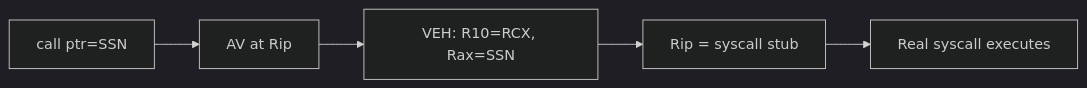
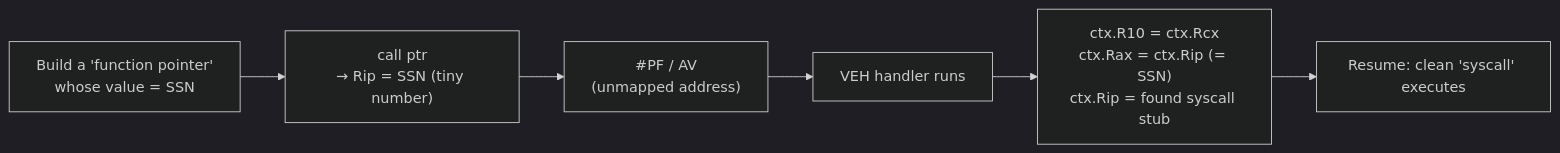
One commit to wosienko/NoExceptions changed the second of 3 diagrams in slides/pages/05-offensive.md. Above: the diagram before and after it, drawn with Mermaid (dark theme). The commit also changed other lines of this file and 5 other files, not shown here.

````diff
--- a/slides/pages/05-offensive.md
+++ b/slides/pages/05-offensive.md
@@ -9,7 +68,8 @@
-```mermaid {scale: 0.8}
+```mermaid {scale: 0.45}
 flowchart LR
-    A["call ptr=SSN"] --> B[AV at Rip]
-    B --> C["VEH: R10=RCX, Rax=SSN"]
-    C --> D["Rip = syscall stub"]
-    D --> E[Real syscall executes]
+    A["Build a 'function pointer'<br/>whose value = SSN"] --> B["call ptr<br/>→ Rip = SSN (tiny number)"]
+    B --> C["#PF / AV<br/>(unmapped address)"]
+    C --> D["VEH handler runs"]
+    D --> E["ctx.R10 = ctx.Rcx<br/>ctx.Rax = ctx.Rip (= SSN)<br/>ctx.Rip = found syscall stub"]
+    E --> F["Resume: clean 'syscall' executes"]
 ```
````
